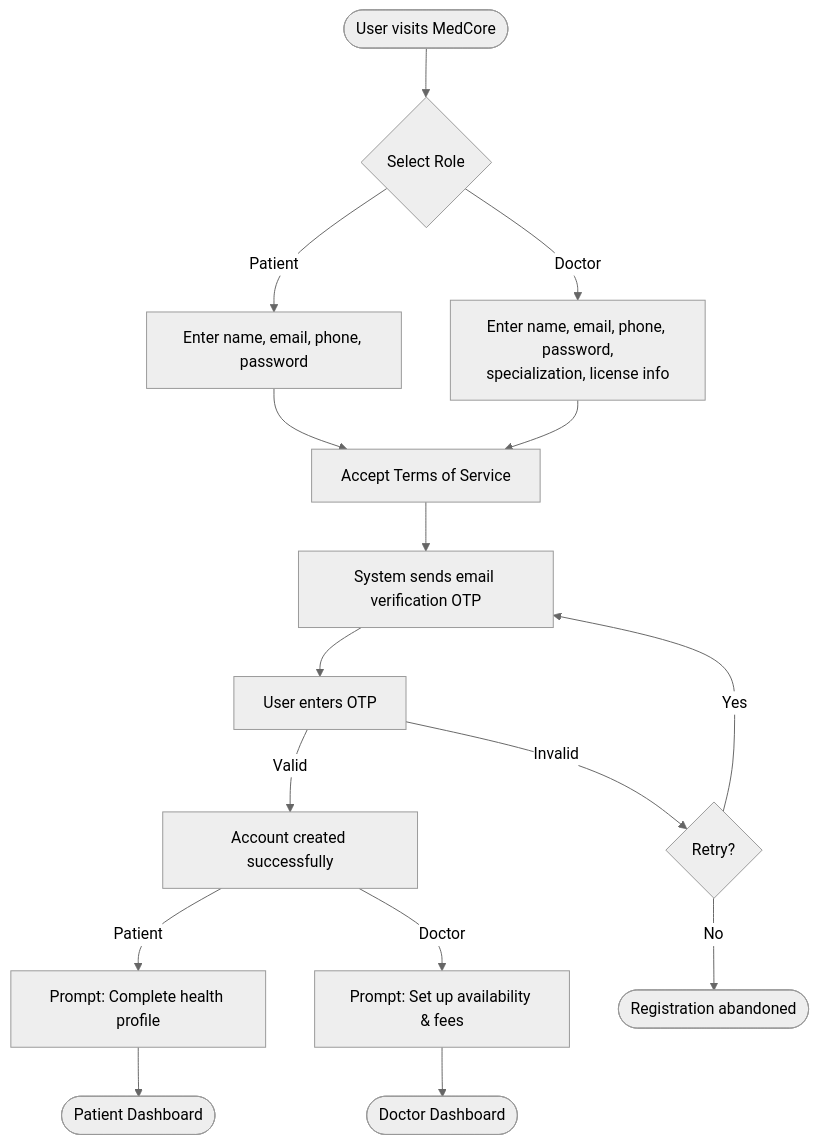
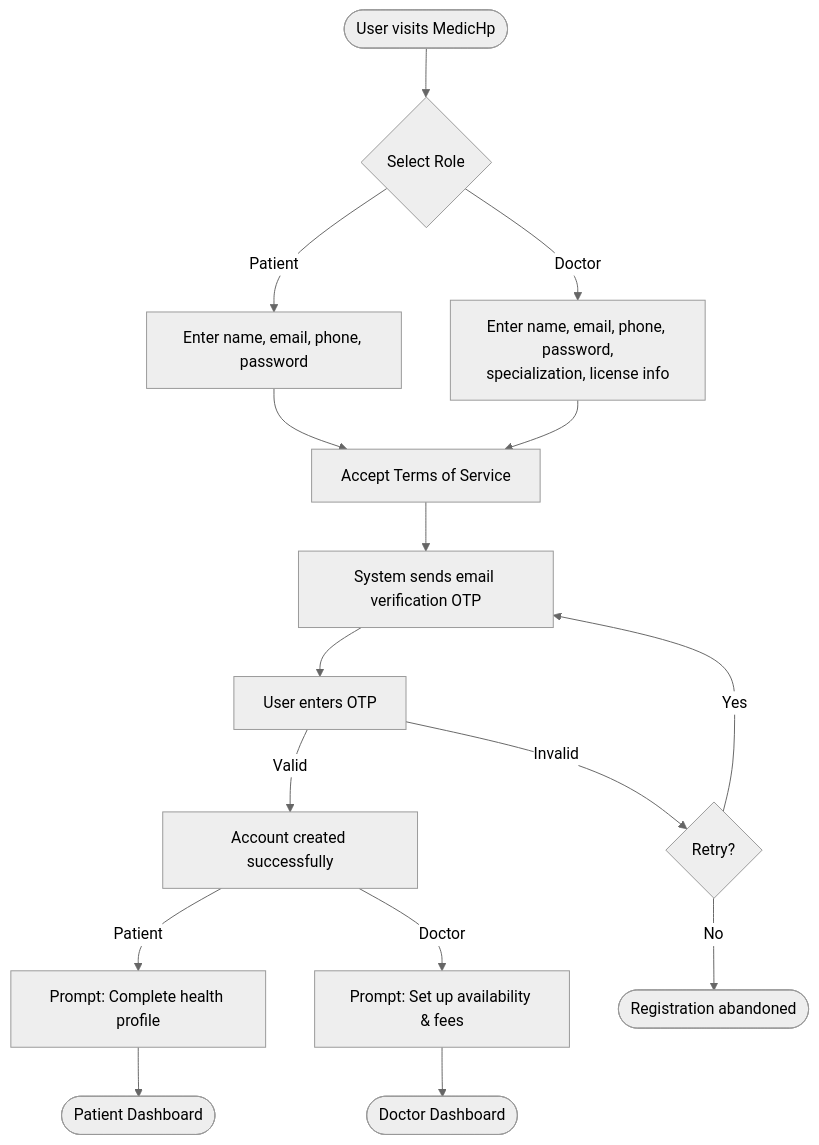
The first of 7 diagrams in docs/Specifications/PRODUCT_REQUIREMENTS.md (Mehboob-Ahmad/MedCore), drawn with Mermaid (neutral theme) before and after one commit. The commit also changed other lines of this file and 703 other files, not shown here.

````diff
--- a/docs/Specifications/PRODUCT_REQUIREMENTS.md
+++ b/docs/Specifications/PRODUCT_REQUIREMENTS.md
@@ -389,22 +389,22 @@
 ```mermaid
 flowchart TD
-    Start([User visits MedCore]) --> SelectRole{Select Role}
+    Start([User visits MedicHp]) --> SelectRole{Select Role}
     SelectRole -->|Patient| PatReg[Enter name, email, phone, password]
     SelectRole -->|Doctor| DocReg[Enter name, email, phone, password,\nspecialization, license info]
 
     PatReg --> AcceptTOS[Accept Terms of Service]
     DocReg --> AcceptTOS
 
     AcceptTOS --> SendOTP[System sends email verification OTP]
     SendOTP --> VerifyOTP[User enters OTP]
     VerifyOTP -->|Valid| AccountCreated[Account created successfully]
     VerifyOTP -->|Invalid| RetryOTP{Retry?}
     RetryOTP -->|Yes| SendOTP
     RetryOTP -->|No| Abandoned([Registration abandoned])
 
     AccountCreated -->|Patient| HealthProfile[Prompt: Complete health profile]
     AccountCreated -->|Doctor| DoctorProfile[Prompt: Set up availability & fees]
 
     HealthProfile --> Dashboard([Patient Dashboard])
     DoctorProfile --> DocDashboard([Doctor Dashboard])
 ```
````
